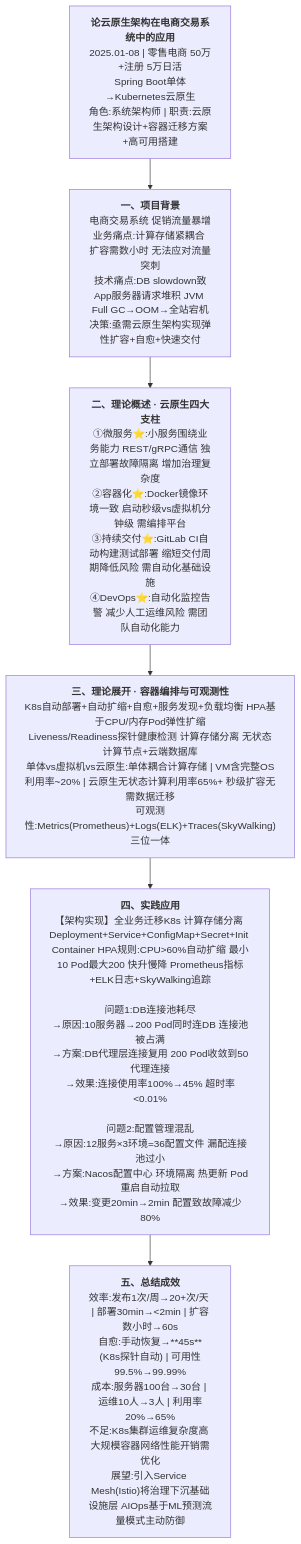
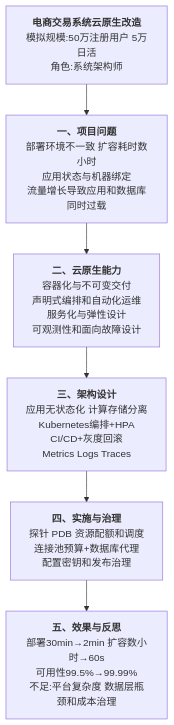
The first of 4 diagrams in 02-论文专题/0005-云原生/00-大纲记忆卡.md (EdgarLQS/SoftwareArchitectureExamGuide), drawn with Mermaid before and after one commit. The commit also changed other lines of this file, not shown here.

````diff
--- a/02-论文专题/0005-云原生/00-大纲记忆卡.md
+++ b/02-论文专题/0005-云原生/00-大纲记忆卡.md
@@ -11,14 +24,9 @@
 ```mermaid
 graph TD
-    ROOT["<b>论云原生架构在电商交易系统中的应用</b><br/>2025.01-08 | 零售电商 50万+注册 5万日活<br/>Spring Boot单体→Kubernetes云原生<br/>角色:系统架构师 | 职责:云原生架构设计+容器迁移方案+高可用搭建"]
-
-    ROOT --> P1["<b>一、项目背景</b><br/>电商交易系统 促销流量暴增<br/>业务痛点:计算存储紧耦合 扩容需数小时 无法应对流量突刺<br/>技术痛点:DB slowdown致App服务器请求堆积 JVM Full GC→OOM→全站宕机<br/>决策:亟需云原生架构实现弹性扩容+自愈+快速交付"]
-
-    P1 --> P2["<b>二、理论概述 · 云原生四大支柱</b><br/>①微服务⭐:小服务围绕业务能力 REST/gRPC通信 独立部署故障隔离 增加治理复杂度<br/>②容器化⭐:Docker镜像环境一致 启动秒级vs虚拟机分钟级 需编排平台<br/>③持续交付⭐:GitLab CI自动构建测试部署 缩短交付周期降低风险 需自动化基础设施<br/>④DevOps⭐:自动化监控告警 减少人工运维风险 需团队自动化能力"]
-
-    P2 --> P3["<b>三、理论展开 · 容器编排与可观测性</b><br/>K8s自动部署+自动扩缩+自愈+服务发现+负载均衡 HPA基于CPU/内存Pod弹性扩缩<br/>Liveness/Readiness探针健康检测 计算存储分离 无状态计算节点+云端数据库<br/>单体vs虚拟机vs云原生:单体耦合计算存储 | VM含完整OS利用率~20% | 云原生无状态计算利用率65%+ 秒级扩容无需数据迁移<br/>可观测性:Metrics(Prometheus)+Logs(ELK)+Traces(SkyWalking)三位一体"]
-
-    P3 --> P4["<b>四、实践应用</b><br/>【架构实现】全业务迁移K8s 计算存储分离 Deployment+Service+ConfigMap+Secret+Init Container HPA规则:CPU>60%自动扩缩 最小10 Pod最大200 快升慢降 Prometheus指标+ELK日志+SkyWalking追踪<br/><br/>问题1:DB连接池耗尽<br/>→原因:10服务器→200 Pod同时连DB 连接池被占满<br/>→方案:DB代理层连接复用 200 Pod收敛到50代理连接<br/>→效果:连接使用率100%→45% 超时率<0.01%<br/><br/>问题2:配置管理混乱<br/>→原因:12服务×3环境=36配置文件 漏配连接池过小<br/>→方案:Nacos配置中心 环境隔离 热更新 Pod重启自动拉取<br/>→效果:变更20min→2min 配置致故障减少80%"]
-
-    P4 --> P5["<b>五、总结成效</b><br/>效率:发布1次/周→20+次/天 | 部署30min→<2min | 扩容数小时→60s<br/>自愈:手动恢复→**45s**(K8s探针自动) | 可用性99.5%→99.99%<br/>成本:服务器100台→30台 | 运维10人→3人 | 利用率20%→65%<br/>不足:K8s集群运维复杂度高 大规模容器网络性能开销需优化<br/>展望:引入Service Mesh(Istio)将治理下沉基础设施层 AIOps基于ML预测流量模式主动防御"]
+    ROOT["<b>电商交易系统云原生改造</b><br/>模拟规模:50万注册用户 5万日活<br/>角色:系统架构师"]
+    ROOT --> P1["<b>一、项目问题</b><br/>部署环境不一致 扩容耗时数小时<br/>应用状态与机器绑定<br/>流量增长导致应用和数据库同时过载"]
+    P1 --> P2["<b>二、云原生能力</b><br/>容器化与不可变交付<br/>声明式编排和自动化运维<br/>服务化与弹性设计<br/>可观测性和面向故障设计"]
+    P2 --> P3["<b>三、架构设计</b><br/>应用无状态化 计算存储分离<br/>Kubernetes编排+HPA<br/>CI/CD+灰度回滚<br/>Metrics Logs Traces"]
+    P3 --> P4["<b>四、实施与治理</b><br/>探针 PDB 资源配额和调度<br/>连接池预算+数据库代理<br/>配置密钥和发布治理"]
+    P4 --> P5["<b>五、效果与反思</b><br/>部署30min→2min 扩容数小时→60s<br/>可用性99.5%→99.99%<br/>不足:平台复杂度 数据层瓶颈和成本治理"]
 ```
````
